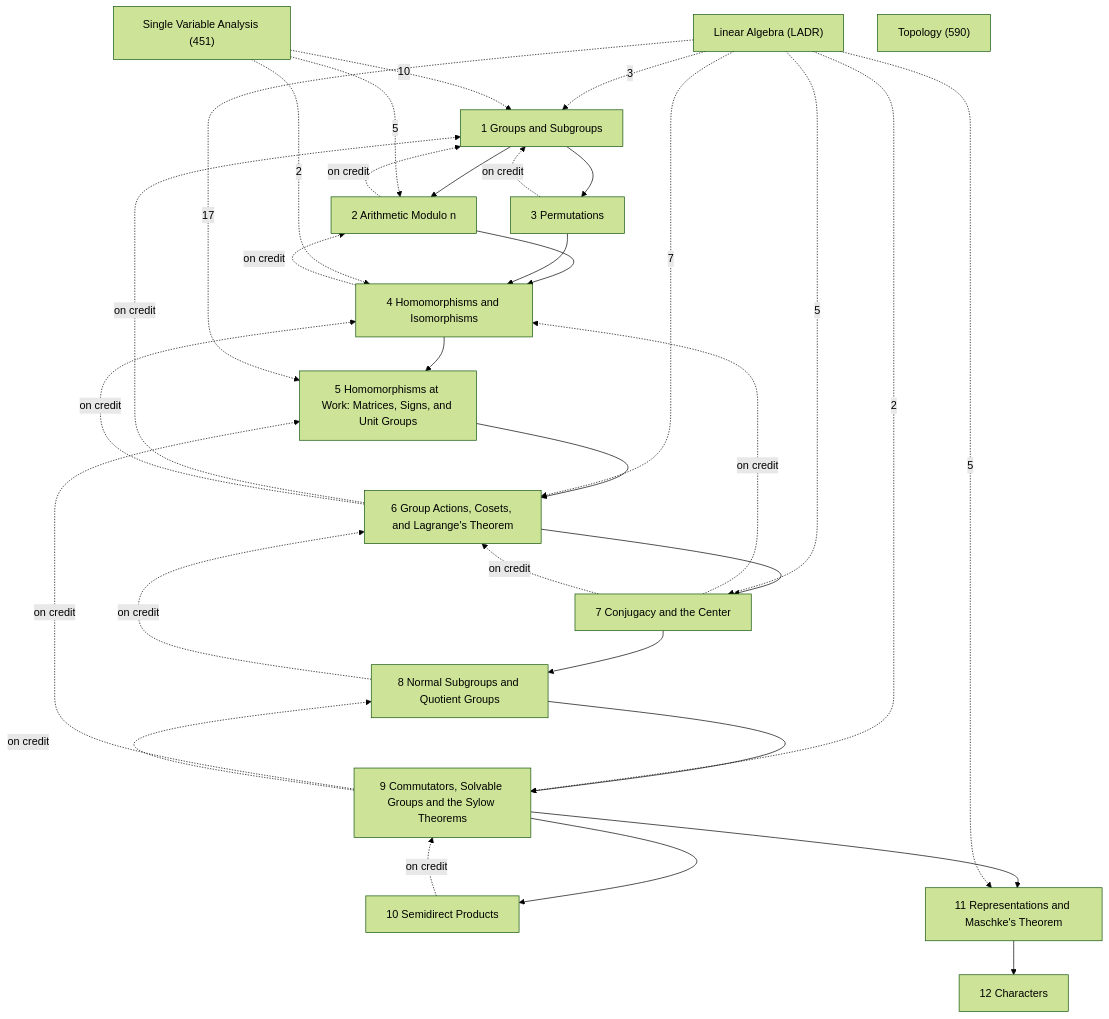
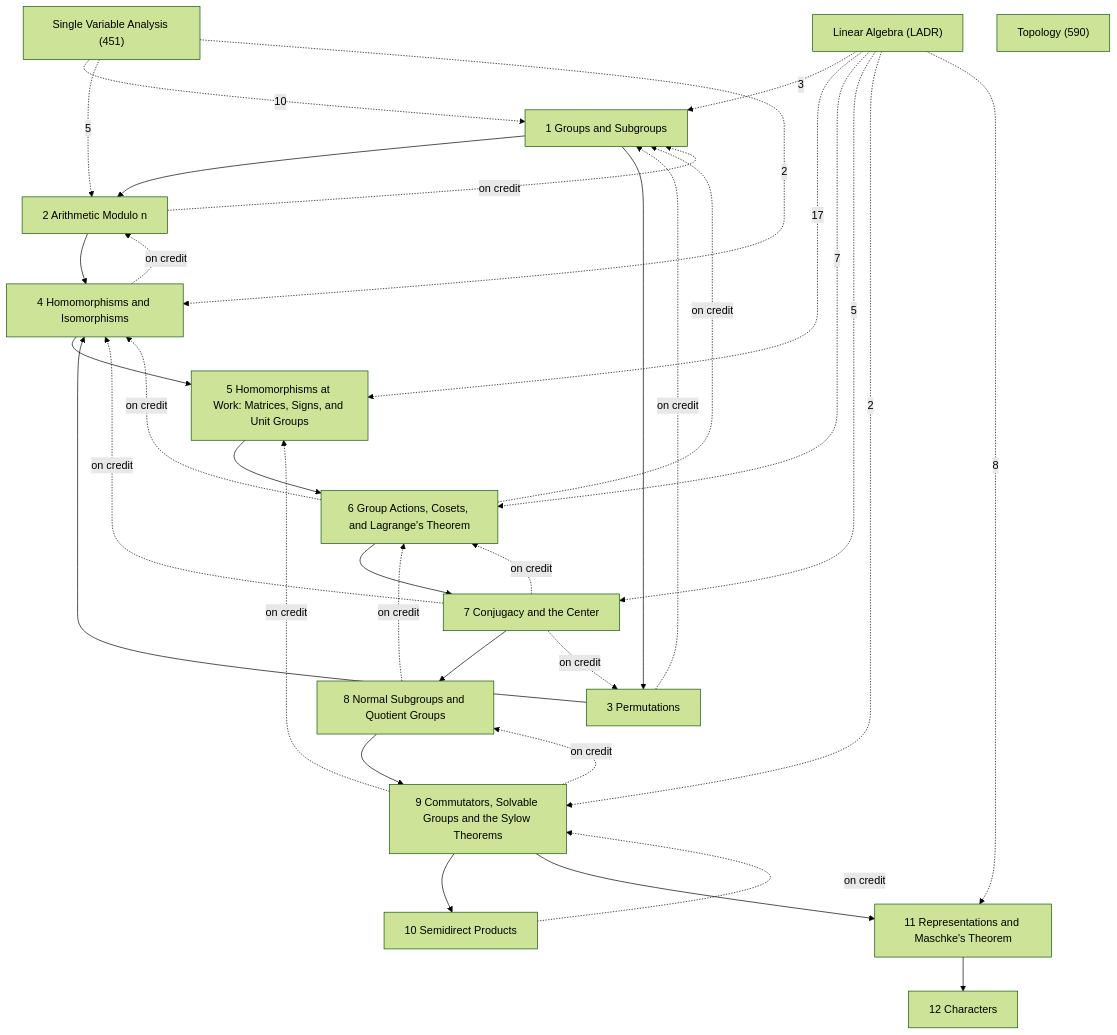
The diagram in Math/Group Theory/Group Theory.md (Onion20040508/notes), drawn with Mermaid (forest theme) before and after one commit. The commit also changed 250 other files, not shown here.

````diff
--- a/Math/Group Theory/Group Theory.md
+++ b/Math/Group Theory/Group Theory.md
@@ -27,50 +27,51 @@
 ```mermaid
 graph TD
   C1["1 Groups and Subgroups"]
   C2["2 Arithmetic Modulo n"]
   C3["3 Permutations"]
   C4["4 Homomorphisms and Isomorphisms"]
   C5["5 Homomorphisms at Work: Matrices, Signs, and Unit Groups"]
   C6["6 Group Actions, Cosets, and Lagrange's Theorem"]
   C7["7 Conjugacy and the Center"]
   C8["8 Normal Subgroups and Quotient Groups"]
   C9["9 Commutators, Solvable Groups and the Sylow Theorems"]
   C10["10 Semidirect Products"]
   C11["11 Representations and Maschke's Theorem"]
   C12["12 Characters"]
   X1["Linear Algebra (LADR)"]
   X2["Single Variable Analysis (451)"]
   X3["Topology (590)"]
   C1 --> C2
   C1 --> C3
   C2 --> C4
   C3 --> C4
   C4 --> C5
   C5 --> C6
   C6 --> C7
   C7 --> C8
   C8 --> C9
   C9 --> C10
   C9 --> C11
   C11 --> C12
   C2 -.->|on credit| C1
   C3 -.->|on credit| C1
   C4 -.->|on credit| C2
   C6 -.->|on credit| C1
   C6 -.->|on credit| C4
+  C7 -.->|on credit| C3
   C7 -.->|on credit| C4
   C7 -.->|on credit| C6
   C8 -.->|on credit| C6
   C9 -.->|on credit| C5
   C9 -.->|on credit| C8
   C10 -.->|on credit| C9
   X1 -.->|3| C1
   X1 -.->|17| C5
   X1 -.->|7| C6
   X1 -.->|5| C7
   X1 -.->|2| C9
-  X1 -.->|5| C11
+  X1 -.->|8| C11
   X2 -.->|10| C1
   X2 -.->|5| C2
   X2 -.->|2| C4
 ```
````
